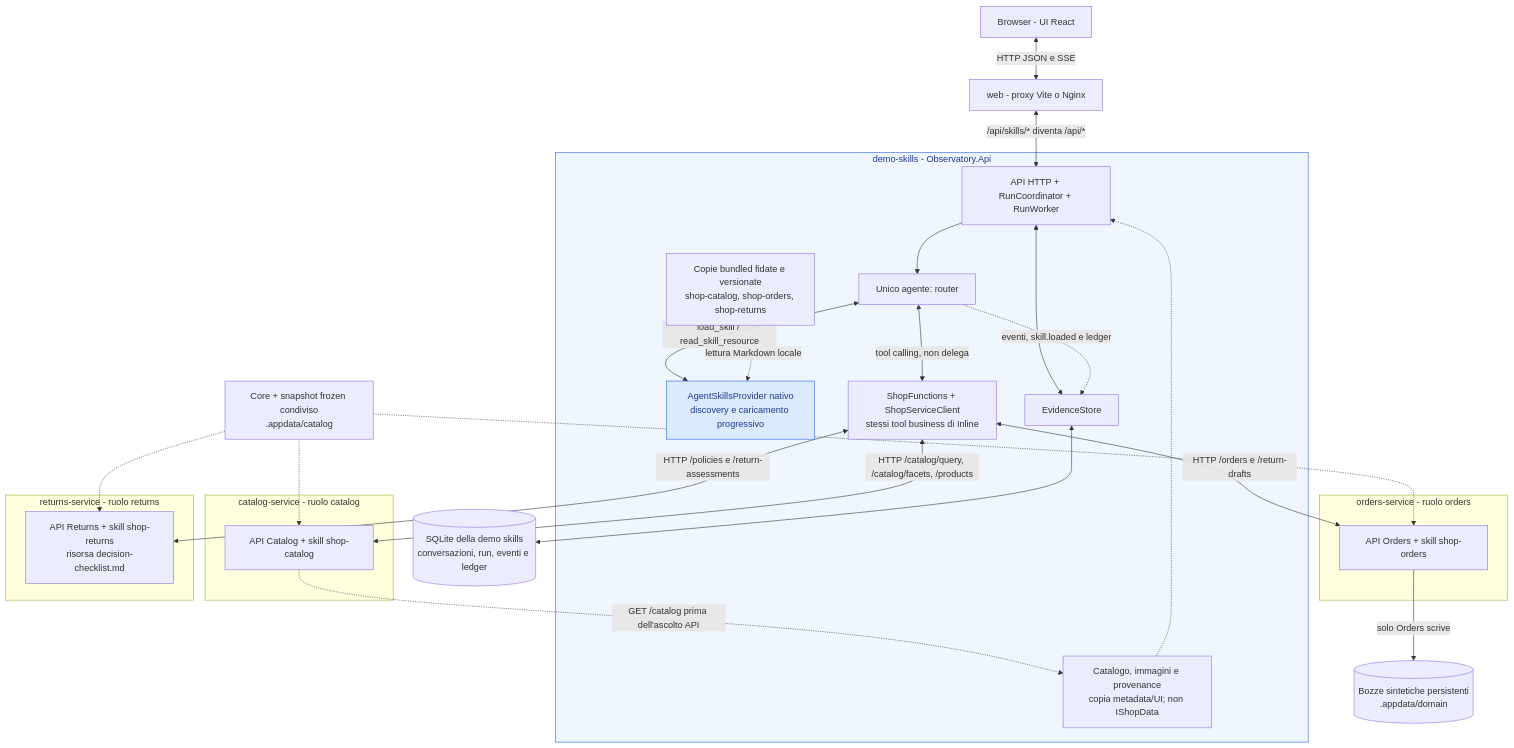
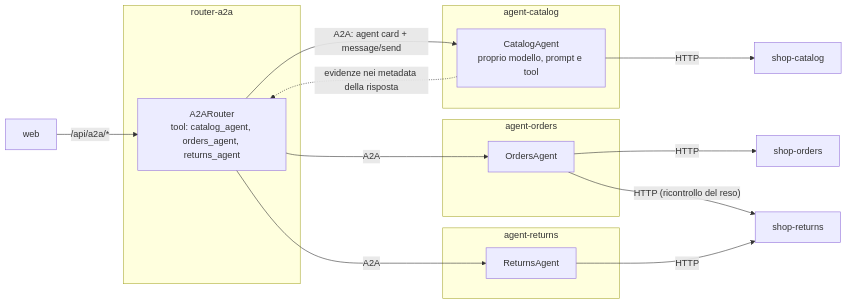
The third of 3 diagrams in ARCHITETTURA.md (andreatosato/1nn0vaAI), drawn with Mermaid before and after one commit. The commit also changed other lines of this file and 262 other files, not shown here.

````diff
--- a/ARCHITETTURA.md
+++ b/ARCHITETTURA.md
@@ -96,45 +110,24 @@
 ```mermaid
-flowchart TB
-    UI["Browser - UI React"] <-->|"HTTP JSON e SSE"| WEB["web - proxy Vite o Nginx"]
-
-    subgraph API["demo-skills - Observatory.Api"]
-        ENTRY["API HTTP + RunCoordinator + RunWorker"]
-        ROUTER["Unico agente: router"]
-        PROVIDER["AgentSkillsProvider nativo<br/>discovery e caricamento progressivo"]
-        FILES["Copie bundled fidate e versionate<br/>shop-catalog, shop-orders, shop-returns"]
-        TOOLS["ShopFunctions + ShopServiceClient<br/>stessi tool business di Inline"]
-        META["Catalogo, immagini e provenance<br/>copia metadata/UI; non IShopData"]
-        STORE["EvidenceStore"]
-        ENTRY --> ROUTER
-        ROUTER <-->|"load_skill / read_skill_resource"| PROVIDER
-        FILES -.->|"lettura Markdown locale"| PROVIDER
-        ROUTER <-->|"tool calling, non delega"| TOOLS
-        META -.-> ENTRY
-        ENTRY <--> STORE
-        ROUTER -.->|"eventi, skill.loaded e ledger"| STORE
+flowchart LR
+    WEB["web"] -->|"/api/a2a/*"| ROUTER
+    subgraph RA["router-a2a"]
+        ROUTER["A2ARouter<br/>tool: catalog_agent, orders_agent, returns_agent"]
     end
-
-    subgraph CATALOG["catalog-service - ruolo catalog"]
-        CATALOG_HTTP["API Catalog + skill shop-catalog"]
+    subgraph AC["agent-catalog"]
+        CATALOG["CatalogAgent<br/>proprio modello, prompt e tool"]
     end
-    subgraph ORDERS["orders-service - ruolo orders"]
-        ORDERS_HTTP["API Orders + skill shop-orders"]
+    subgraph AO["agent-orders"]
+        ORDERS["OrdersAgent"]
     end
-    subgraph RETURNS["returns-service - ruolo returns"]
-        RETURNS_HTTP["API Returns + skill shop-returns<br/>risorsa decision-checklist.md"]
+    subgraph AR["agent-returns"]
+        RETURNS["ReturnsAgent"]
     end
-
-    WEB <-->|"/api/skills/* diventa /api/*"| ENTRY
-    TOOLS <-->|"HTTP /catalog/query, /catalog/facets, /products"| CATALOG_HTTP
-    TOOLS <-->|"HTTP /orders e /return-drafts"| ORDERS_HTTP
-    TOOLS <-->|"HTTP /policies e /return-assessments"| RETURNS_HTTP
-    CATALOG_HTTP -.->|"GET /catalog prima dell'ascolto API"| META
-    FIXTURES["Core + snapshot frozen condiviso<br/>.appdata/catalog"] -.-> CATALOG_HTTP
-    FIXTURES -.-> ORDERS_HTTP
-    FIXTURES -.-> RETURNS_HTTP
-    ORDERS_HTTP -->|"solo Orders scrive"| DRAFTS[("Bozze sintetiche persistenti<br/>.appdata/domain")]
-    STORE <--> DB[("SQLite della demo skills<br/>conversazioni, run, eventi e ledger")]
-
-    style API fill:#eff6ff,stroke:#2563eb,color:#1e3a8a
-    style PROVIDER fill:#dbeafe,stroke:#2563eb,color:#1e3a8a
+    ROUTER -->|"A2A: agent card + message/send"| CATALOG
+    ROUTER -->|"A2A"| ORDERS
+    ROUTER -->|"A2A"| RETURNS
+    CATALOG -->|"HTTP"| SC["shop-catalog"]
+    ORDERS -->|"HTTP"| SO["shop-orders"]
+    ORDERS -->|"HTTP (ricontrollo del reso)"| SR["shop-returns"]
+    RETURNS -->|"HTTP"| SR
+    CATALOG -.->|"evidenze nei metadata della risposta"| ROUTER
 ```
````
